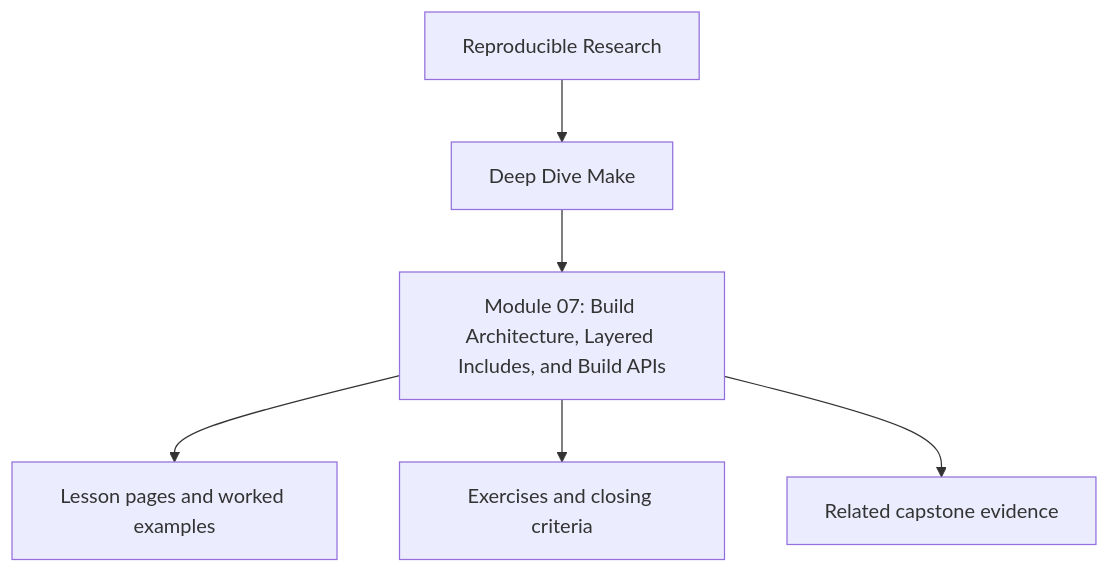
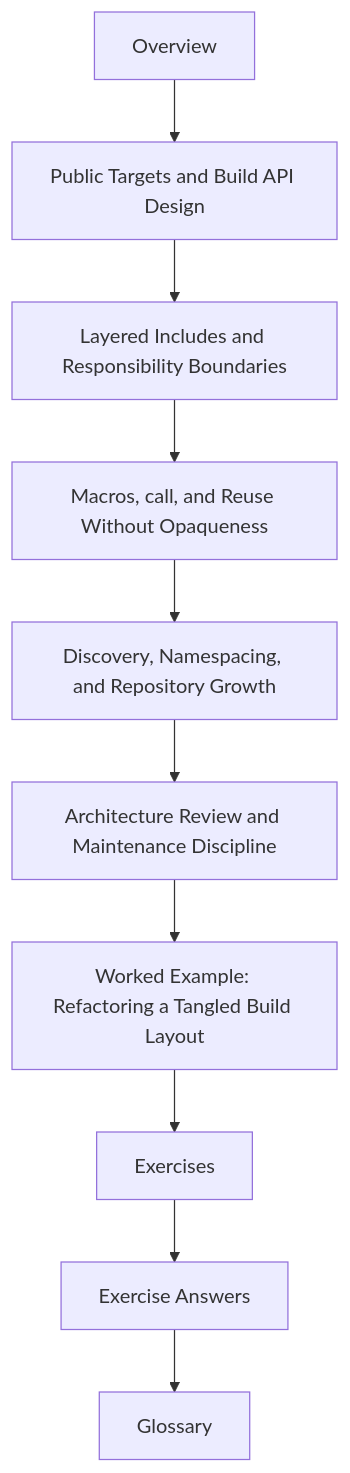
Before and after one commit to bijux/bijux-masterclass: the diagram in programs/reproducible-research/deep-dive-make/course-book/module-07-build-architecture-layered-includes-apis/index.md, drawn with Mermaid. The commit also changed other lines of this file and 9 other files, not shown here.

Commit message:
docs(make): establish module 07 course-book structure

````diff
--- a/programs/reproducible-research/deep-dive-make/course-book/module-07-build-architecture-layered-includes-apis/index.md
+++ b/programs/reproducible-research/deep-dive-make/course-book/module-07-build-architecture-layered-includes-apis/index.md
@@ -9,8 +25,12 @@
 ```mermaid
 flowchart TD
-  family["Reproducible Research"] --> program["Deep Dive Make"]
-  program --> module["Module 07: Build Architecture, Layered Includes, and Build APIs"]
-  module --> lessons["Lesson pages and worked examples"]
-  module --> checkpoints["Exercises and closing criteria"]
-  module --> capstone["Related capstone evidence"]
+  start["Overview"] --> core1["Public Targets and Build API Design"]
+  core1 --> core2["Layered Includes and Responsibility Boundaries"]
+  core2 --> core3["Macros, call, and Reuse Without Opaqueness"]
+  core3 --> core4["Discovery, Namespacing, and Repository Growth"]
+  core4 --> core5["Architecture Review and Maintenance Discipline"]
+  core5 --> example["Worked Example: Refactoring a Tangled Build Layout"]
+  example --> practice["Exercises"]
+  practice --> answers["Exercise Answers"]
+  answers --> glossary["Glossary"]
 ```
````
